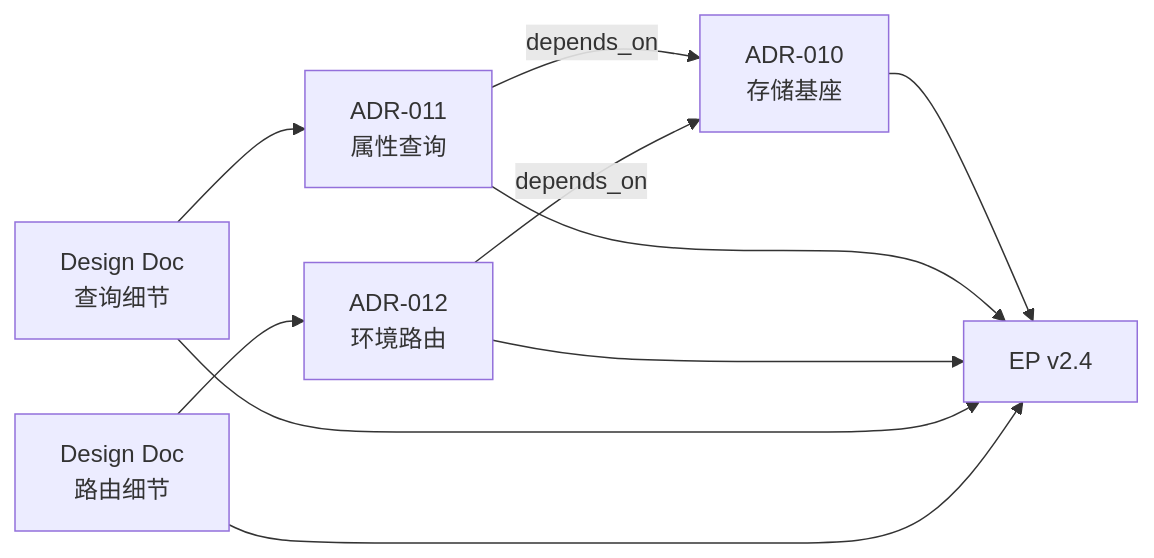
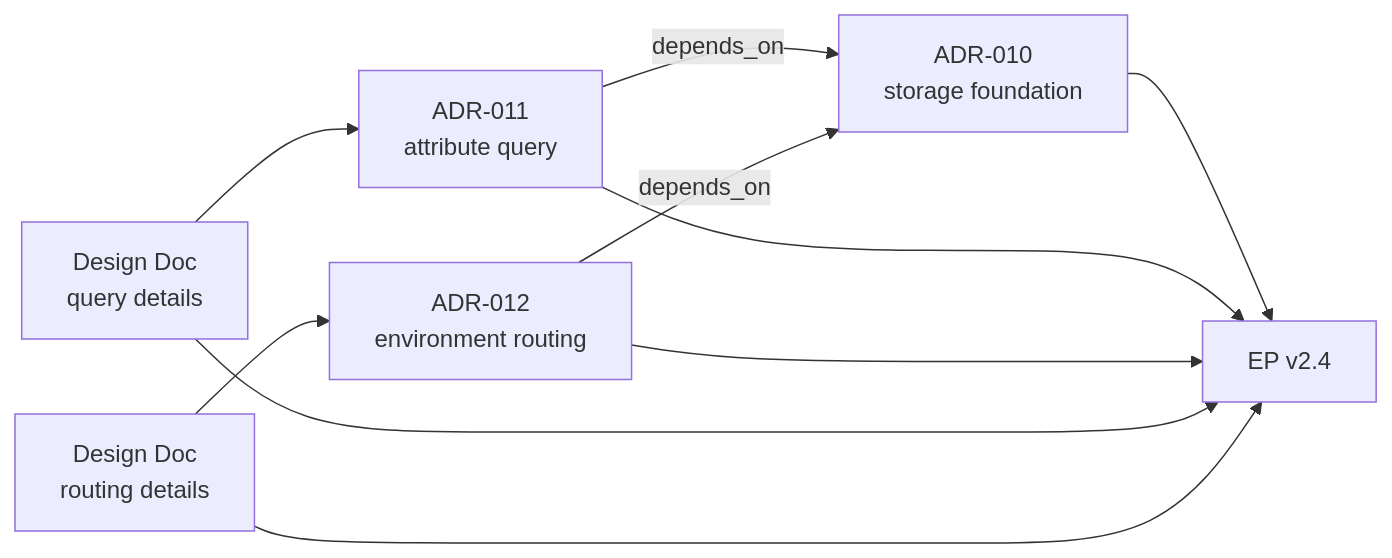
The third of 5 diagrams in README.md (XiaoWeiKIN/RepoFoundryAI), drawn with Mermaid before and after one commit. The commit also changed other lines of this file and 3 other files, not shown here.

````diff
--- a/README.md
+++ b/README.md
@@ -405,12 +452,12 @@
 ```mermaid
 flowchart LR
-    A11["ADR-011<br/>属性查询"] -->|"depends_on"| A10["ADR-010<br/>存储基座"]
-    A12["ADR-012<br/>环境路由"] -->|"depends_on"| A10
-    D1["Design Doc<br/>查询细节"] --> A11
-    D2["Design Doc<br/>路由细节"] --> A12
+    A11["ADR-011<br/>attribute query"] -->|"depends_on"| A10["ADR-010<br/>storage foundation"]
+    A12["ADR-012<br/>environment routing"] -->|"depends_on"| A10
+    D1["Design Doc<br/>query details"] --> A11
+    D2["Design Doc<br/>routing details"] --> A12
     A10 --> EP["EP v2.4"]
     A11 --> EP
     A12 --> EP
     D1 --> EP
     D2 --> EP
 ```
````
